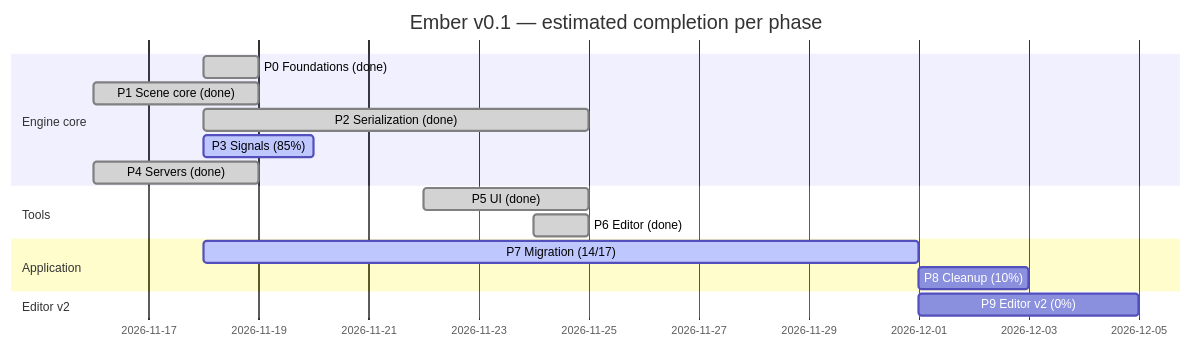
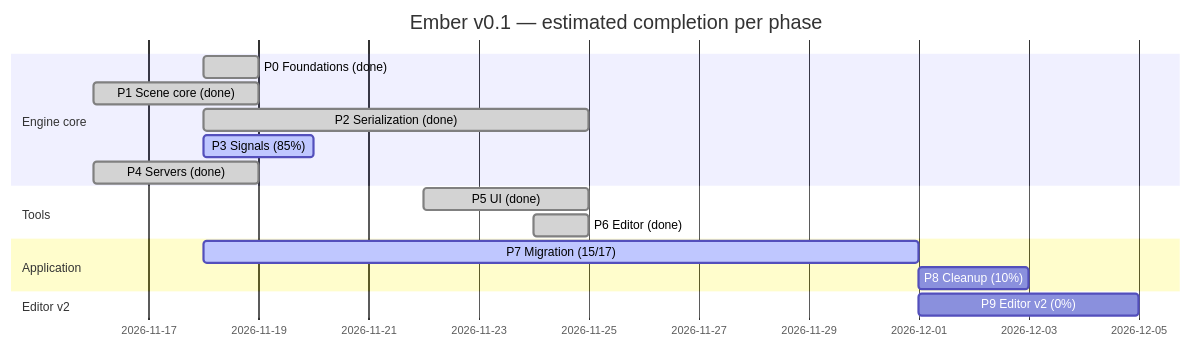
The diagram in ember-vault/60 Progress/Roadmap Tracker.md (titouanthd/ember), drawn with Mermaid before and after one commit. The commit also changed other lines of this file and 7 other files, not shown here.

````diff
--- a/ember-vault/60 Progress/Roadmap Tracker.md
+++ b/ember-vault/60 Progress/Roadmap Tracker.md
@@ -11,19 +11,19 @@
 ```mermaid
 gantt
   dateFormat YYYY-MM-DD
   title Ember v0.1 — estimated completion per phase
   section Engine core
   P0 Foundations (done)  :done, p0, 2026-11-18, 1d
   P1 Scene core (done)   :done, p1, 2026-11-16, 3d
   P2 Serialization (done):done, p2, 2026-11-18, 7d
   P3 Signals (85%)       :active, p3, 2026-11-18, 2d
   P4 Servers (done)      :done, p4, 2026-11-16, 3d
   section Tools
   P5 UI (done)           :done, p5, 2026-11-22, 3d
   P6 Editor (done)       :done, p6, 2026-11-24, 1d
   section Application
-  P7 Migration (14/17)    :active, p7, 2026-11-18, 13d
+  P7 Migration (15/17)    :active, p7, 2026-11-18, 13d
   P8 Cleanup (10%)       :p8, after p7, 2d
   section Editor v2
   P9 Editor v2 (0%)      :p9, after p7, 4d
 ```
````
